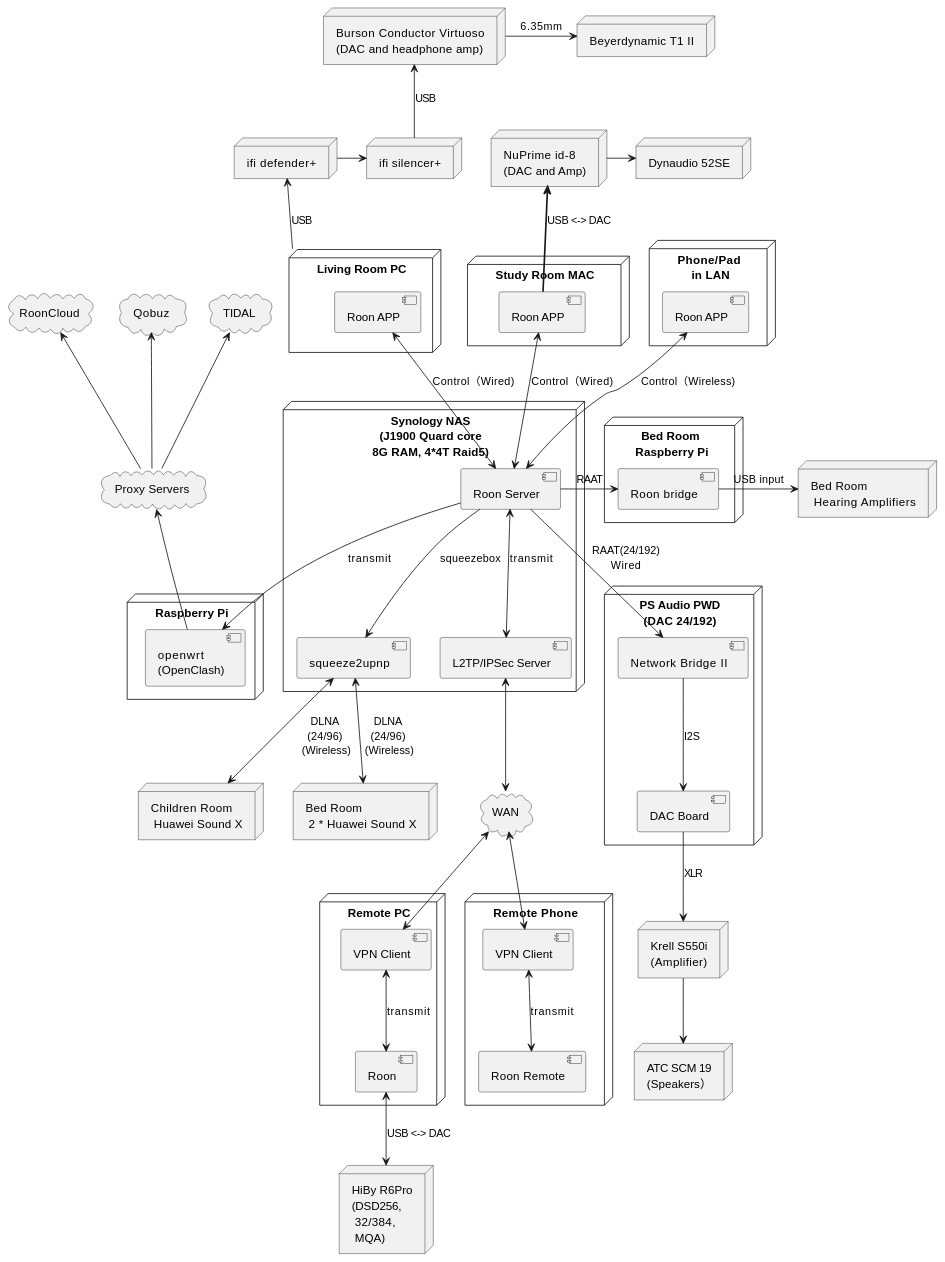
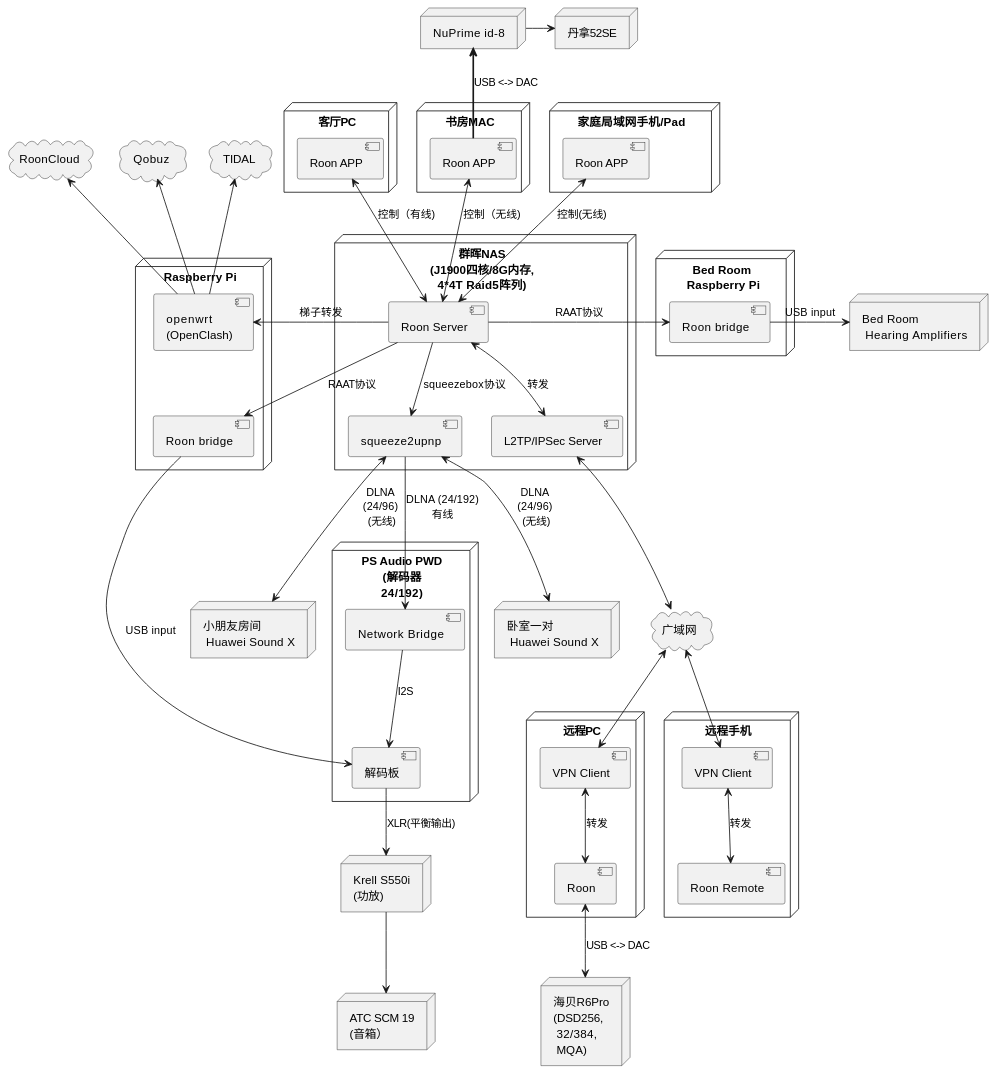
The second of 7 diagrams in digital/Roon/experience.md (hjianhao/docs), drawn with PlantUML before and after one commit. The commit also changed other lines of this file, not shown here.

````diff
--- a/digital/Roon/experience.md
+++ b/digital/Roon/experience.md
@@ -126,107 +120,96 @@
 ``` plantuml
 
-node "PS Audio PWD\n(DAC 24/192)" as dac {
-    component "Network Bridge II" as bridge
-    component "DAC Board" as bdac
+node "PS Audio PWD\n(解码器\n24/192)" as dac {
+    component "Network Bridge" as bridge
+    component "解码板" as bdac
     bridge --> bdac : I2S
 }
 
-node "Krell S550i\n(Amplifier)" as amp
-bdac --> amp : XLR
+node "Krell S550i\n(功放)" as amp
+bdac --> amp : XLR(平衡输出)
 
-node "ATC SCM 19\n(Speakers）" as speaker
+node "ATC SCM 19\n(音箱）" as speaker
 amp --> speaker
 
-node "Synology NAS\n(J1900 Quard core\n8G RAM, 4*4T Raid5)" as nas {
+node "群晖NAS\n(J1900四核/8G内存,\n4*4T Raid5阵列)" as nas {
     component "Roon Server" as roon
     component "squeeze2upnp" as s2u
-    roon --> s2u : squeezebox
-    roon --> bridge : RAAT(24/192)\nWired
+    roon --> s2u : squeezebox协议
+    s2u --> bridge : DLNA (24/192)\n有线
     component "L2TP/IPSec Server" as svpn
-    roon <--> svpn : transmit
+    roon <--> svpn : 转发
 }
 
 node "Raspberry Pi" as pi {
     component "openwrt\n(OpenClash)" as openwrt
-    roon --> openwrt : transmit
+    roon -> openwrt : 梯子转发
+    component "Roon bridge" as rb
+    openwrt -[hidden]-> rb
+    roon -> rb : RAAT协议
+    rb -> bdac : USB input
 }
 
-cloud "Proxy Servers" as proxy
 cloud TIDAL
 cloud Qobuz
 cloud RoonCloud
 
-openwrt -u-> proxy
-proxy -u-> TIDAL
-proxy -u-> Qobuz
-proxy -u-> RoonCloud
+openwrt -u-> TIDAL
+openwrt -u-> Qobuz
+openwrt -u-> RoonCloud
 
 node "Bed Room \n Hearing Amplifiers" as amp1
 
 node "Bed Room\n Raspberry Pi" as pi1 {
     component "Roon bridge" as rb1
-    roon -> rb1 : RAAT
+    roon -> rb1 : RAAT协议
     rb1 -> amp1 : USB input
 }
 
 
-node "Living Room PC" as pc {
+node "客厅PC" as pc {
     component "Roon APP" as roon3
-    roon3 <--> roon : Control（Wired)
+    roon3 <--> roon : 控制（有线)
 }
 
-node "ifi defender+" as defender
-node "ifi silencer+" as silencer
-
-pc -U-> defender : USB
-defender -> silencer
-
-node "Burson Conductor Virtuoso\n(DAC and headphone amp)" as burson
-
-silencer -U-> burson : USB
-
-node "Beyerdynamic T1 II" as t1
-burson -> t1 : 6.35mm
-
-node "Study Room MAC" as mac {
+node "书房MAC" as mac {
     component "Roon APP" as roon5
-    roon5 <--> roon : Control（Wired)
+    roon5 <--> roon : 控制（无线)
 }
 
-node "NuPrime id-8\n(DAC and Amp)" as dac1
+node "NuPrime id-8" as dac1
 roon5 -u=> dac1 : USB <-> DAC
-node "Dynaudio 52SE" as speaker1
+node "丹拿52SE" as speaker1
 dac1 -> speaker1 
 
-node "Phone/Pad\n in LAN" as phone {
+node "家庭局域网手机/Pad" as phone {
     component "Roon APP" as roon4
-    roon4 <--> roon : Control（Wireless)
+    roon4 <--> roon : 控制(无线)
 }
 
-node "Children Room\n Huawei Sound X" as soundx
-s2u <--> soundx : DLNA\n(24/96)\n (Wireless)
+node "小朋友房间\n Huawei Sound X" as soundx
+s2u <--> soundx : DLNA\n(24/96)\n (无线)
 
-node "Bed Room\n 2 * Huawei Sound X" as soundx1
-s2u <--> soundx1 : DLNA\n(24/96)\n (Wireless)
+node "卧室一对\n Huawei Sound X" as soundx1
+s2u <--> soundx1 : DLNA\n(24/96)\n (无线)
 
-cloud "WAN" as wan
+cloud "广域网" as wan
 svpn <--> wan
 
-node "Remote PC" as rpc {
+node "远程PC" as rpc {
     component "VPN Client" as cvpn1
     cvpn1 <-u-> wan
     component "Roon" as roon1
-    cvpn1 <--> roon1 : transmit
+    cvpn1 <--> roon1 : 转发
 }
 
-node "HiBy R6Pro\n(DSD256,\n 32/384,\n MQA)" as hiby
+node "海贝R6Pro\n(DSD256,\n 32/384,\n MQA)" as hiby
 roon1 <--> hiby : USB <-> DAC
 
-node "Remote Phone" as rphone {
+node "远程手机" as rphone {
     component "VPN Client" as cvpn2
     cvpn2 <-u-> wan
     component "Roon Remote" as roon2
-    cvpn2 <--> roon2 : transmit
+    cvpn2 <--> roon2 : 转发
 }
 
 ```
````
